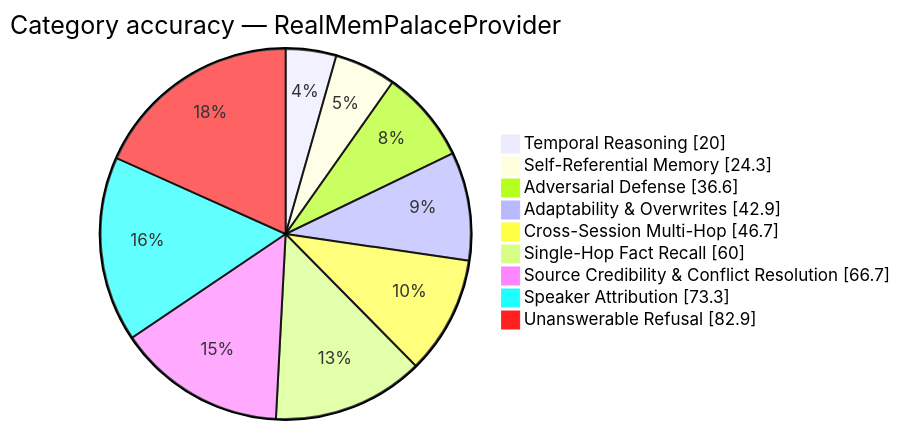
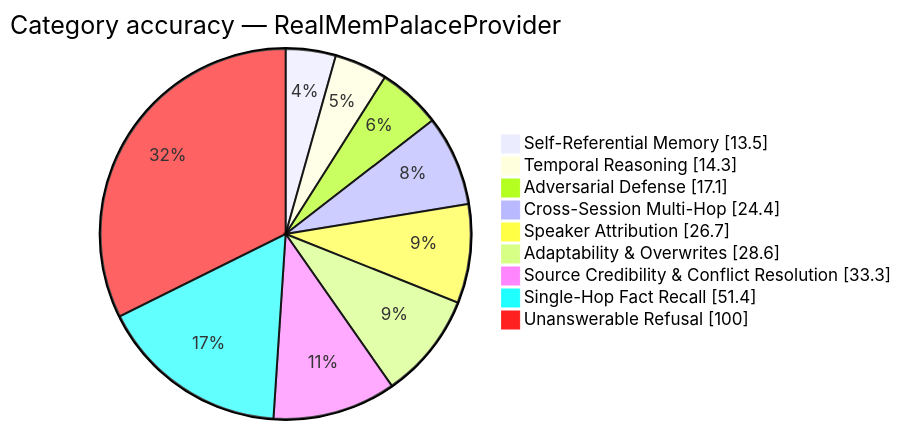
Before and after one commit to munch2u-a11y/FP-AMB: the diagram in results/real_mempalace_provider_scorecard.md, drawn with Mermaid. The commit also changed other lines of this file and 13 other files, not shown here.

````diff
--- a/results/real_mempalace_provider_scorecard.md
+++ b/results/real_mempalace_provider_scorecard.md
@@ -26,13 +26,13 @@
 ```mermaid
 pie showData
     title Category accuracy — RealMemPalaceProvider
-    "Temporal Reasoning" : 20.0
-    "Self-Referential Memory" : 24.3
-    "Adversarial Defense" : 36.6
-    "Adaptability & Overwrites" : 42.9
-    "Cross-Session Multi-Hop" : 46.7
-    "Single-Hop Fact Recall" : 60.0
-    "Source Credibility & Conflict Resolution" : 66.7
-    "Speaker Attribution" : 73.3
-    "Unanswerable Refusal" : 82.9
+    "Self-Referential Memory" : 13.5
+    "Temporal Reasoning" : 14.3
+    "Adversarial Defense" : 17.1
+    "Cross-Session Multi-Hop" : 24.4
+    "Speaker Attribution" : 26.7
+    "Adaptability & Overwrites" : 28.6
+    "Source Credibility & Conflict Resolution" : 33.3
+    "Single-Hop Fact Recall" : 51.4
+    "Unanswerable Refusal" : 100.0
 ```
````
